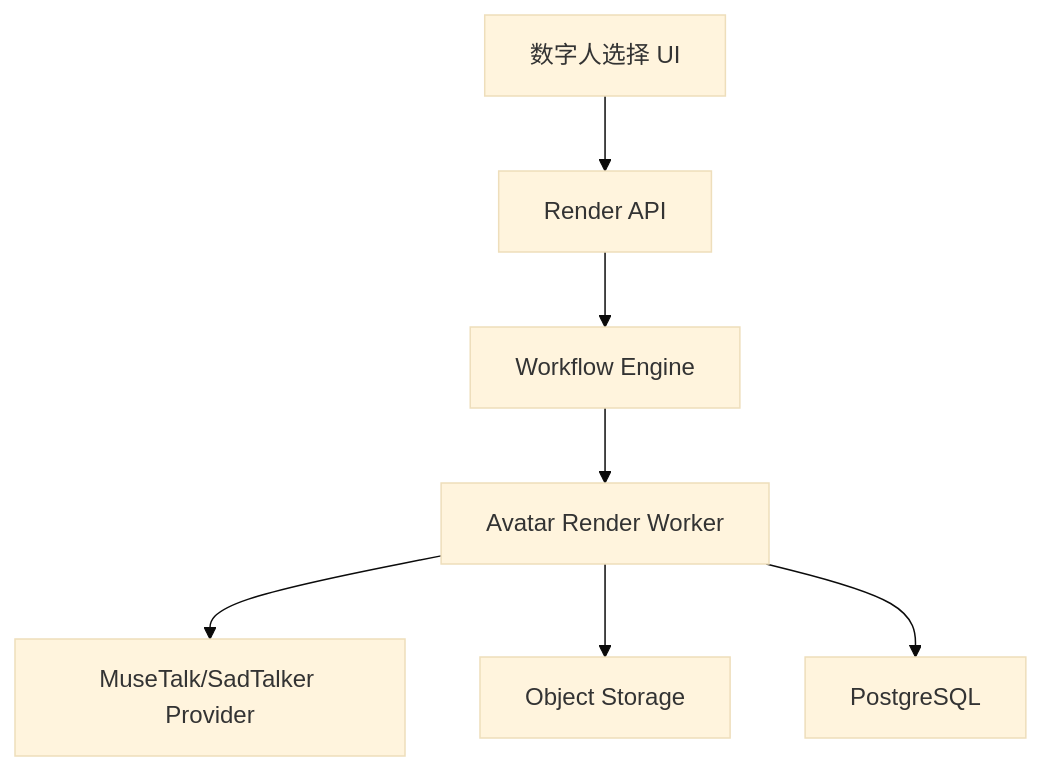
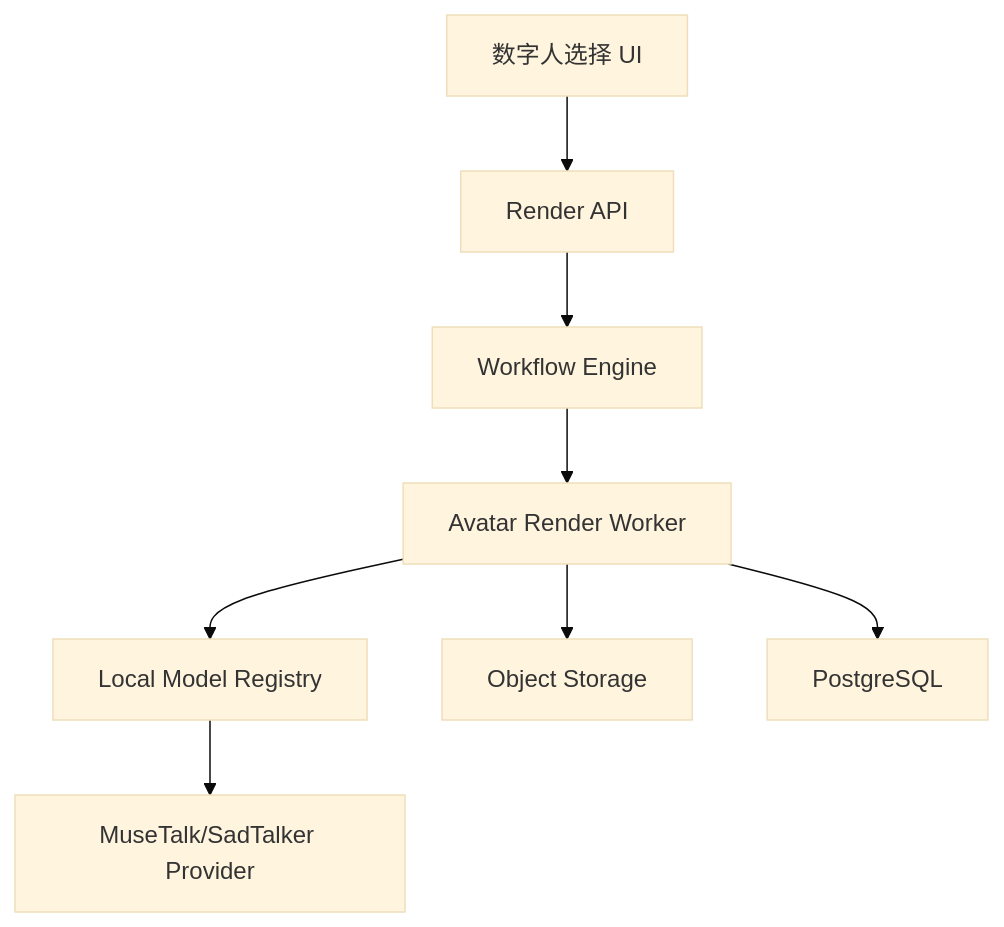
One commit to liwei333/VoFlow_platform changed the diagram in .kiro/specs/voflow-video-render/design.md. Above: the diagram before and after it, drawn with Mermaid (base theme). The commit also changed other lines of this file and 37 other files, not shown here.

````diff
--- a/.kiro/specs/voflow-video-render/design.md
+++ b/.kiro/specs/voflow-video-render/design.md
@@ -9,9 +9,10 @@
 ```mermaid
 flowchart TB
     UI["数字人选择 UI"] --> API["Render API"]
     API --> Workflow["Workflow Engine"]
     Workflow --> Worker["Avatar Render Worker"]
-    Worker --> Model["MuseTalk/SadTalker Provider"]
+    Worker --> Registry["Local Model Registry"]
+    Registry --> Model["MuseTalk/SadTalker Provider"]
     Worker --> Storage["Object Storage"]
     Worker --> DB["PostgreSQL"]
 ```
````
